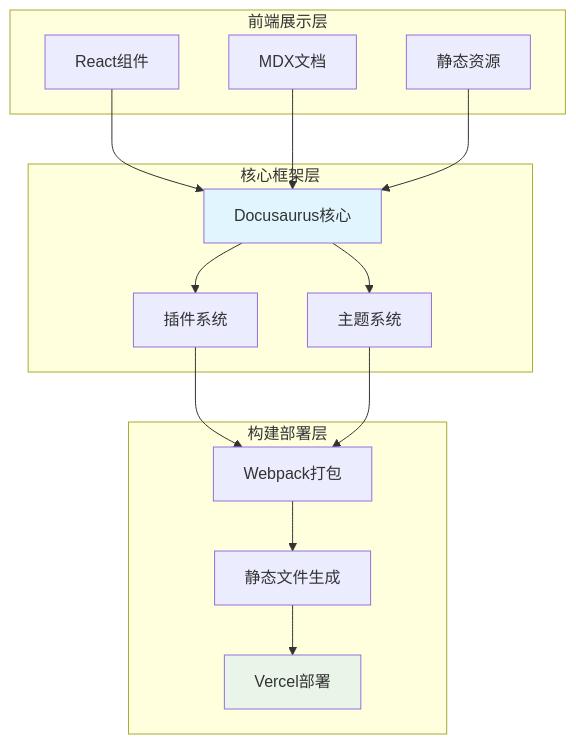
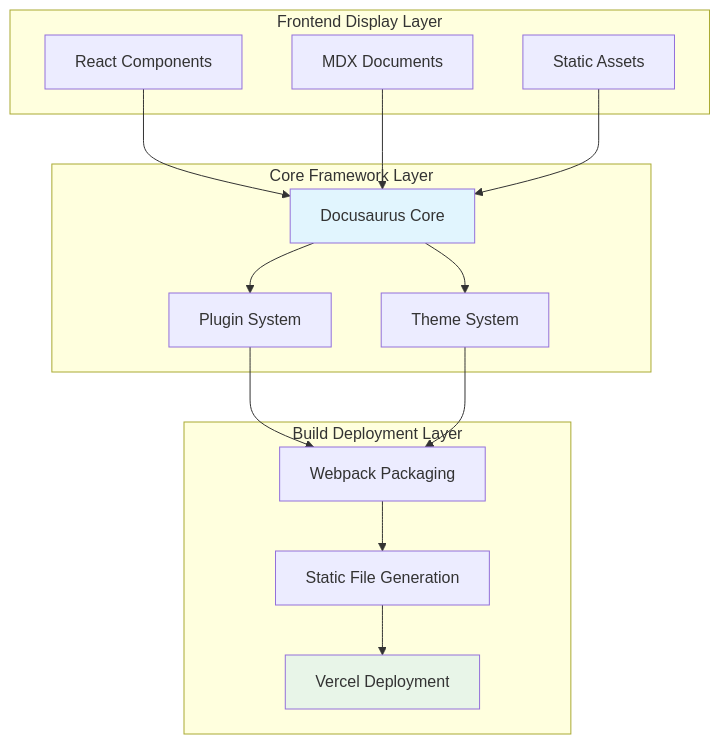
Before and after one commit to ChanMeng666/ai-programming-teaching-project: the second of 10 diagrams in i18n/en/docusaurus-plugin-content-docs/version-2024-winter/tutorials/docusaurus-tutorial.mdx, drawn with Mermaid. The commit also changed other lines of this file and 11 other files, not shown here.

````diff
--- a/i18n/en/docusaurus-plugin-content-docs/version-2024-winter/tutorials/docusaurus-tutorial.mdx
+++ b/i18n/en/docusaurus-plugin-content-docs/version-2024-winter/tutorials/docusaurus-tutorial.mdx
@@ -52,33 +52,33 @@
 ```mermaid
 graph TB
-    subgraph "前端展示层"
-        A[React组件]
-        B[MDX文档]
-        C[静态资源]
+    subgraph "Frontend Display Layer"
+        A[React Components]
+        B[MDX Documents]
+        C[Static Assets]
     end
-    
-    subgraph "核心框架层"
-        D[Docusaurus核心]
-        E[插件系统]
-        F[主题系统]
+
+    subgraph "Core Framework Layer"
+        D[Docusaurus Core]
+        E[Plugin System]
+        F[Theme System]
     end
-    
-    subgraph "构建部署层"
-        G[Webpack打包]
-        H[静态文件生成]
-        I[Vercel部署]
+
+    subgraph "Build Deployment Layer"
+        G[Webpack Packaging]
+        H[Static File Generation]
+        I[Vercel Deployment]
     end
-    
+
     A --> D
     B --> D
     C --> D
     D --> E
     D --> F
     E --> G
     F --> G
     G --> H
     H --> I
-    
+
     style D fill:#e1f5fe
     style I fill:#e8f5e8
 ```
````
